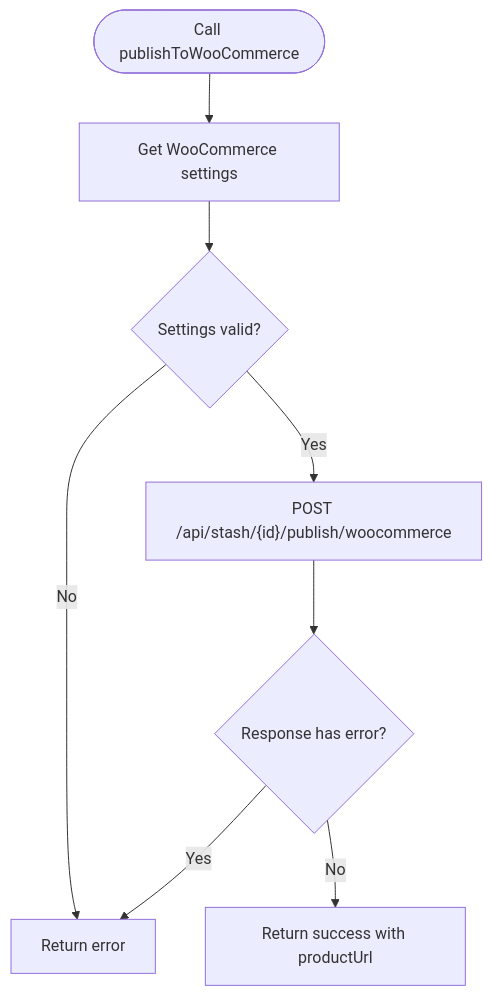
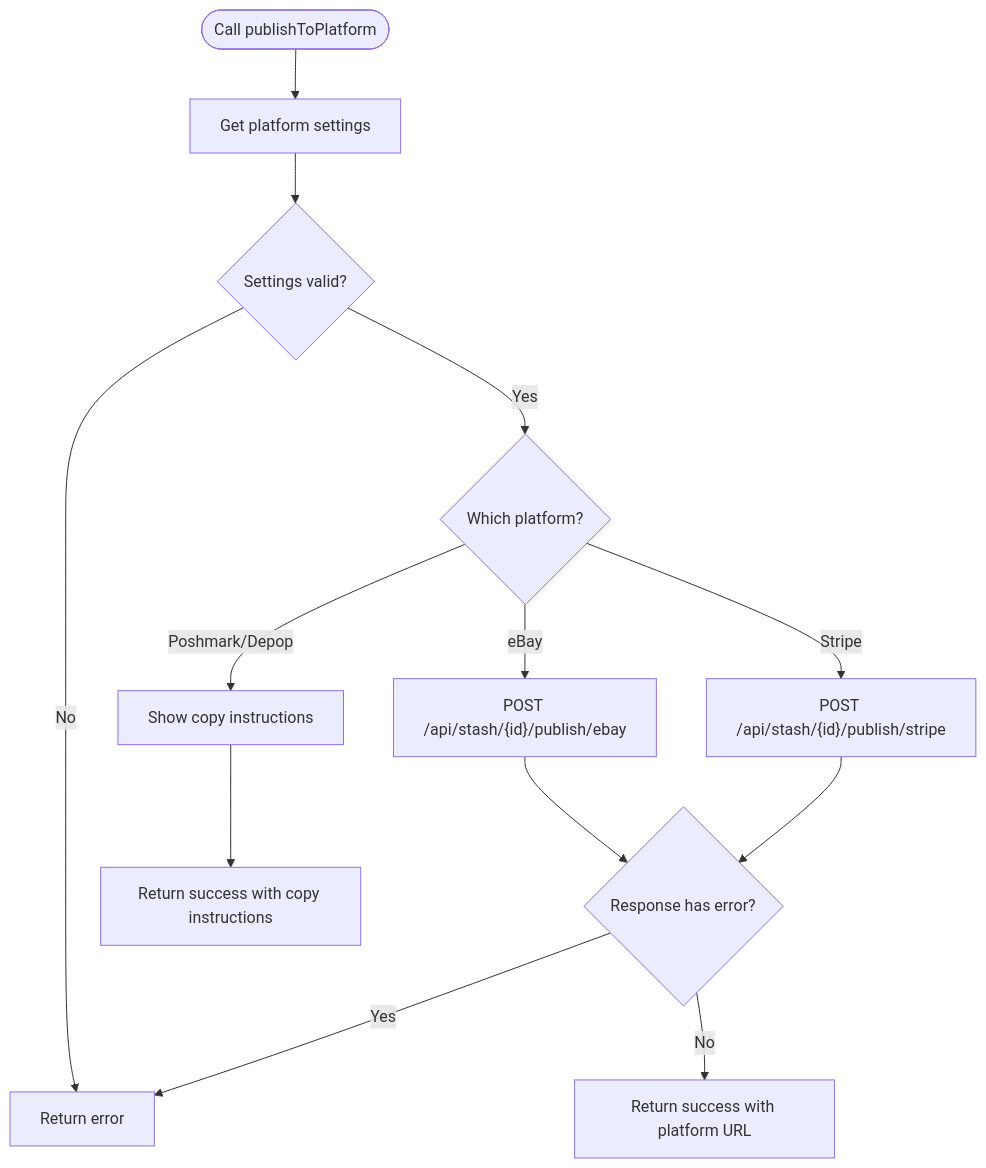
The third of 11 diagrams in .qoder/repowiki/en/content/Marketplace Integration/Multi-Platform Publishing.md (hunglevi87/Hidden-Gem), drawn with Mermaid before and after one commit. The commit also changed other lines of this file and 14 other files, not shown here.

````diff
--- a/.qoder/repowiki/en/content/Marketplace Integration/Multi-Platform Publishing.md
+++ b/.qoder/repowiki/en/content/Marketplace Integration/Multi-Platform Publishing.md
@@ -143,10 +172,15 @@
 ```mermaid
 flowchart TD
-Start(["Call publishToWooCommerce"]) --> GetCreds["Get WooCommerce settings"]
+Start(["Call publishToPlatform"]) --> GetCreds["Get platform settings"]
 GetCreds --> Validate{"Settings valid?"}
 Validate --> |No| ReturnErr["Return error"]
-Validate --> |Yes| CallAPI["POST /api/stash/{id}/publish/woocommerce"]
-CallAPI --> Resp{"Response has error?"}
+Validate --> |Yes| PlatformCheck{"Which platform?"}
+PlatformCheck --> |eBay| eBayFlow["POST /api/stash/{id}/publish/ebay"]
+PlatformCheck --> |Stripe| StripeFlow["POST /api/stash/{id}/publish/stripe"]
+PlatformCheck --> |Poshmark/Depop| ManualFlow["Show copy instructions"]
+eBayFlow --> Resp{"Response has error?"}
+StripeFlow --> Resp
+ManualFlow --> Success["Return success with copy instructions"]
 Resp --> |Yes| ReturnErr
-Resp --> |No| ReturnOk["Return success with productUrl"]
+Resp --> |No| ReturnOk["Return success with platform URL"]
 ```
````
